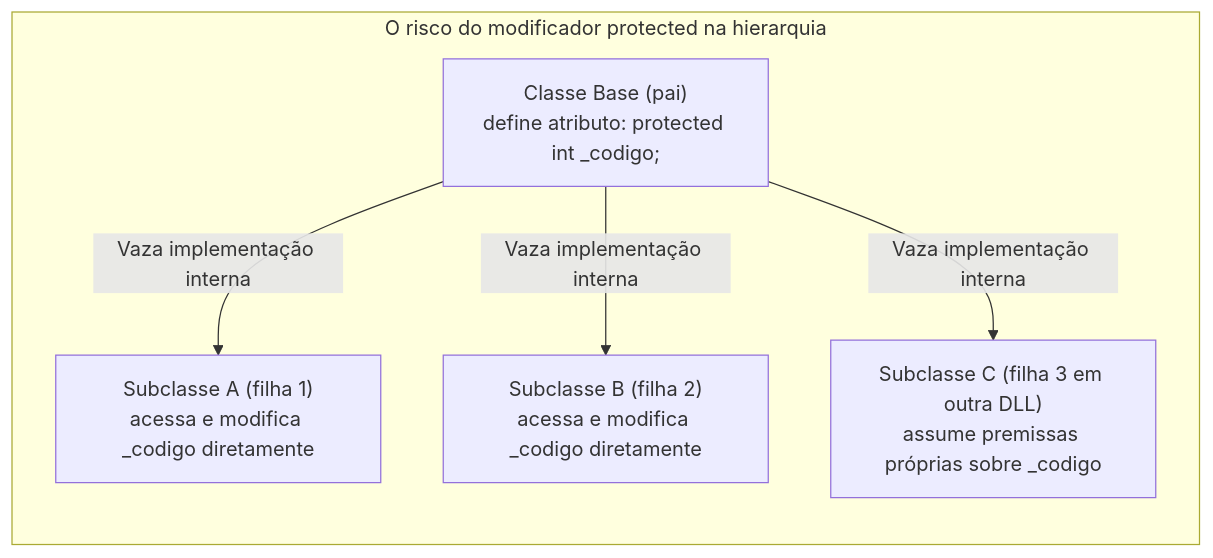
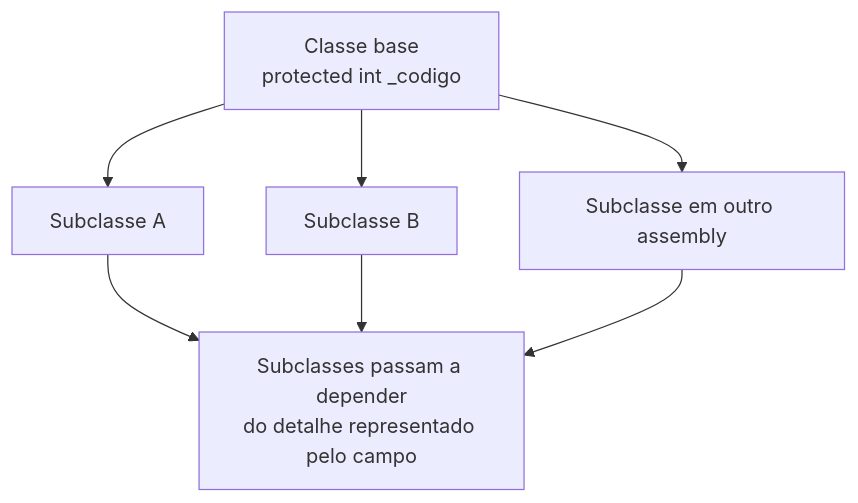
One commit to leorruas/puc changed the first of 2 diagrams in 01. Programacao Modular/12. Modificadores de acesso (visibilidade e níveis de proteção no encapsulamento).md. Above: the diagram before and after it, drawn with Mermaid. The commit also changed other lines of this file, not shown here.

Commit message:
Normaliza Mermaid e visibilidade de modificadores de acesso

````diff
--- a/01. Programacao Modular/12. Modificadores de acesso (visibilidade e níveis de proteção no encapsulamento).md
+++ b/01. Programacao Modular/12. Modificadores de acesso (visibilidade e níveis de proteção no encapsulamento).md
@@ -363,14 +344,15 @@
 ```mermaid
 flowchart TD
-    subgraph DilemaProtected ["O risco do modificador protected na hierarquia"]
-        direction TB
-        Base["Classe Base (pai)<br>define atributo: protected int _codigo;"]
-        Sub1["Subclasse A (filha 1)<br>acessa e modifica _codigo diretamente"]
-        Sub2["Subclasse B (filha 2)<br>acessa e modifica _codigo diretamente"]
-        Sub3["Subclasse C (filha 3 em outra DLL)<br>assume premissas próprias sobre _codigo"]
+    Base["Classe base<br>protected int _codigo"]:::core
+    A["Subclasse A"]:::component
+    B["Subclasse B"]:::component
+    C["Subclasse em outro assembly"]:::external
+    Risco["Subclasses passam a depender<br>do detalhe representado pelo campo"]:::warning
 
-        Base -->|Vaza implementação interna| Sub1
-        Base -->|Vaza implementação interna| Sub2
-        Base -->|Vaza implementação interna| Sub3
-    end
+    Base --> A
+    Base --> B
+    Base --> C
+    A --> Risco
+    B --> Risco
+    C --> Risco
 ```
````
